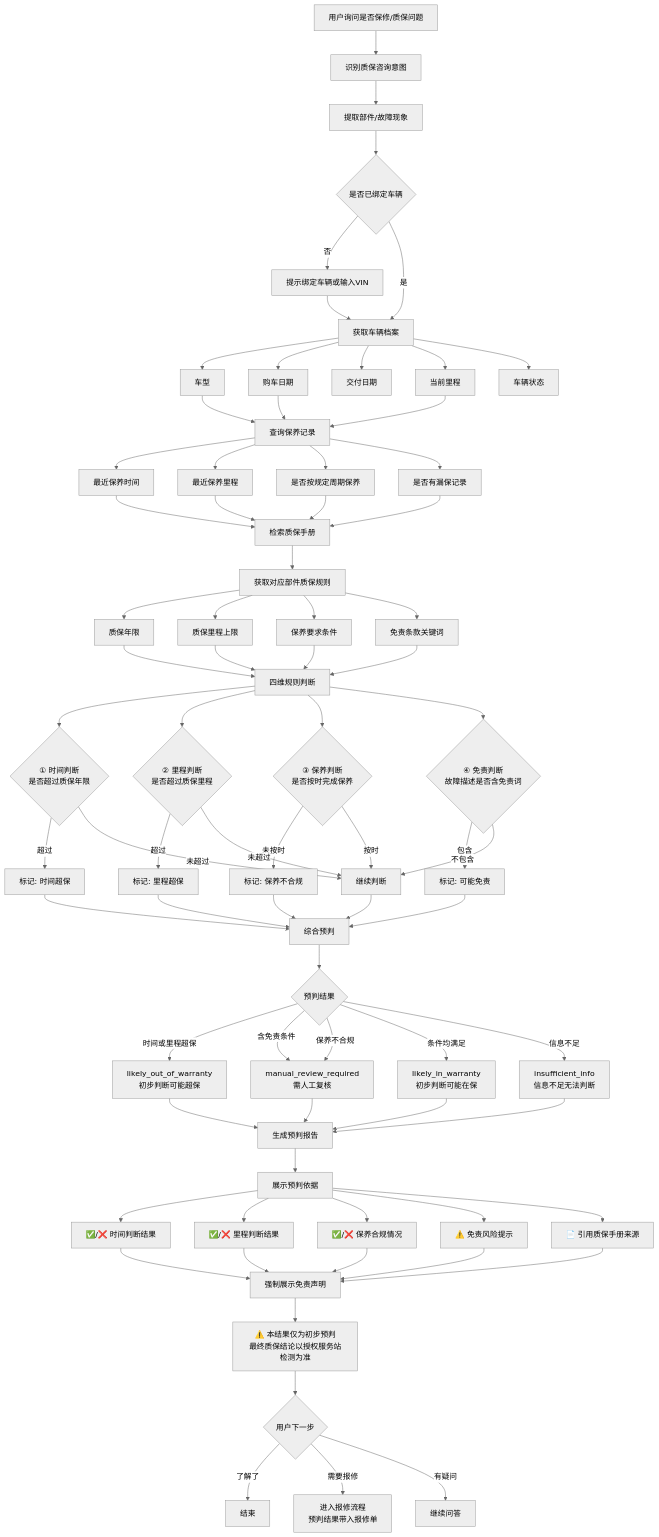
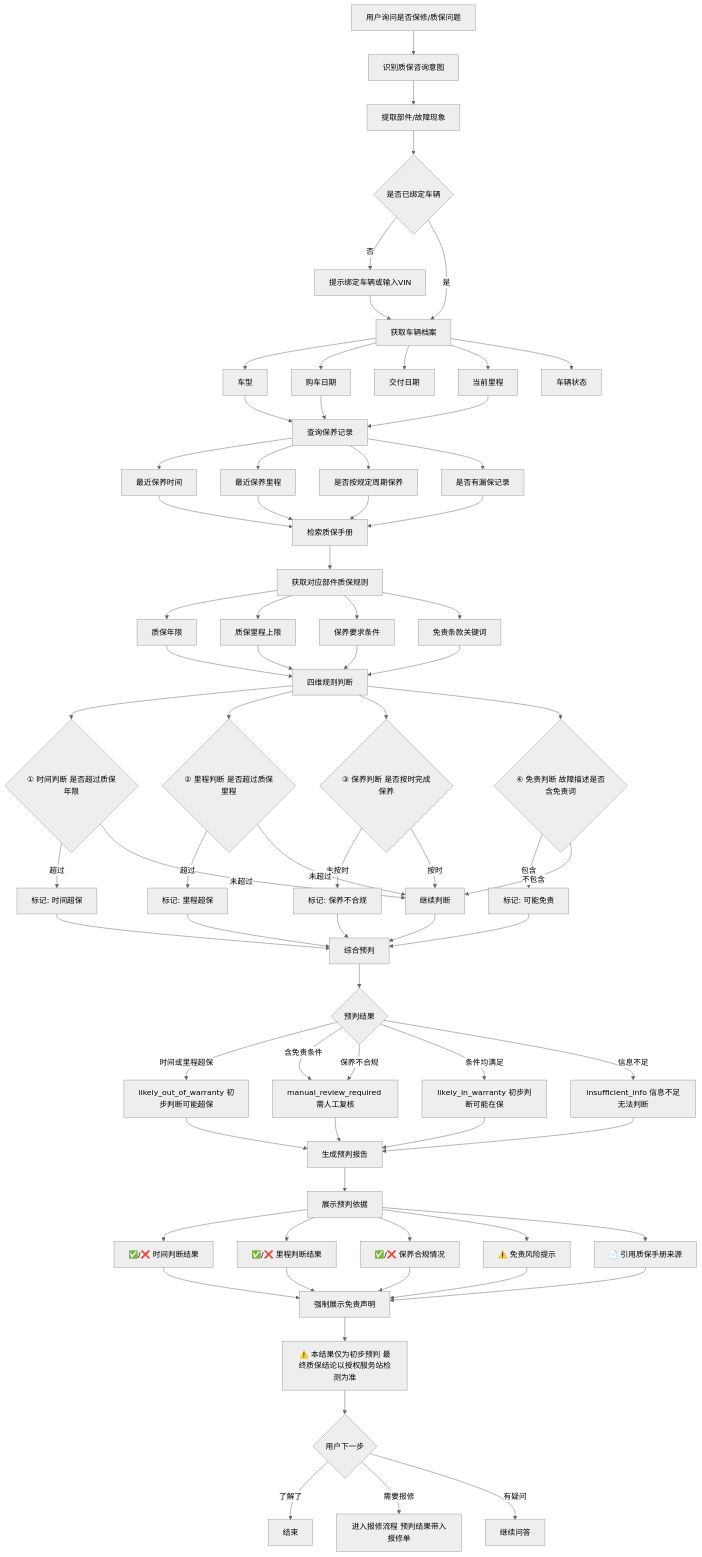
One commit to evanwusibin/auto-carcrm changed the diagram in flows/03_业务流程/06_质保预判流程.md. Above: the diagram before and after it, drawn with Mermaid (neutral theme). The commit also changed 13 other files, not shown here.

First line of the commit message:
feat: 五项优化 - 登录页轮播+排版/Mermaid修复/检索页流式开关/页面设计文档/DB更新v1.2

````diff
--- a/flows/03_业务流程/06_质保预判流程.md
+++ b/flows/03_业务流程/06_质保预判流程.md
@@ -49,10 +49,10 @@
     I3 --> J
     I4 --> J
 
-    J --> J1{① 时间判断<br/>是否超过质保年限}
-    J --> J2{② 里程判断<br/>是否超过质保里程}
-    J --> J3{③ 保养判断<br/>是否按时完成保养}
-    J --> J4{④ 免责判断<br/>故障描述是否含免责词}
+    J --> J1{① 时间判断 是否超过质保年限}
+    J --> J2{② 里程判断 是否超过质保里程}
+    J --> J3{③ 保养判断 是否按时完成保养}
+    J --> J4{④ 免责判断 故障描述是否含免责词}
 
     J1 -- 超过 --> K1[标记: 时间超保]
     J2 -- 超过 --> K2[标记: 里程超保]
@@ -72,11 +72,11 @@
 
     M --> N{预判结果}
 
-    N -- 时间或里程超保 --> O1[likely_out_of_warranty<br/>初步判断可能超保]
-    N -- 含免责条件 --> O2[manual_review_required<br/>需人工复核]
+    N -- 时间或里程超保 --> O1[likely_out_of_warranty 初步判断可能超保]
+    N -- 含免责条件 --> O2[manual_review_required 需人工复核]
     N -- 保养不合规 --> O2
-    N -- 条件均满足 --> O3[likely_in_warranty<br/>初步判断可能在保]
-    N -- 信息不足 --> O4[insufficient_info<br/>信息不足无法判断]
+    N -- 条件均满足 --> O3[likely_in_warranty 初步判断可能在保]
+    N -- 信息不足 --> O4[insufficient_info 信息不足无法判断]
 
     O1 --> P[生成预判报告]
     O2 --> P
@@ -96,10 +96,10 @@
     Q4 --> R
     Q5 --> R
 
-    R --> S[⚠️ 本结果仅为初步预判<br/>最终质保结论以授权服务站检测为准]
+    R --> S[⚠️ 本结果仅为初步预判 最终质保结论以授权服务站检测为准]
 
     S --> T{用户下一步}
     T -- 了解了 --> U[结束]
-    T -- 需要报修 --> V[进入报修流程<br/>预判结果带入报修单]
+    T -- 需要报修 --> V[进入报修流程 预判结果带入报修单]
     T -- 有疑问 --> W[继续问答]
 ```
````
